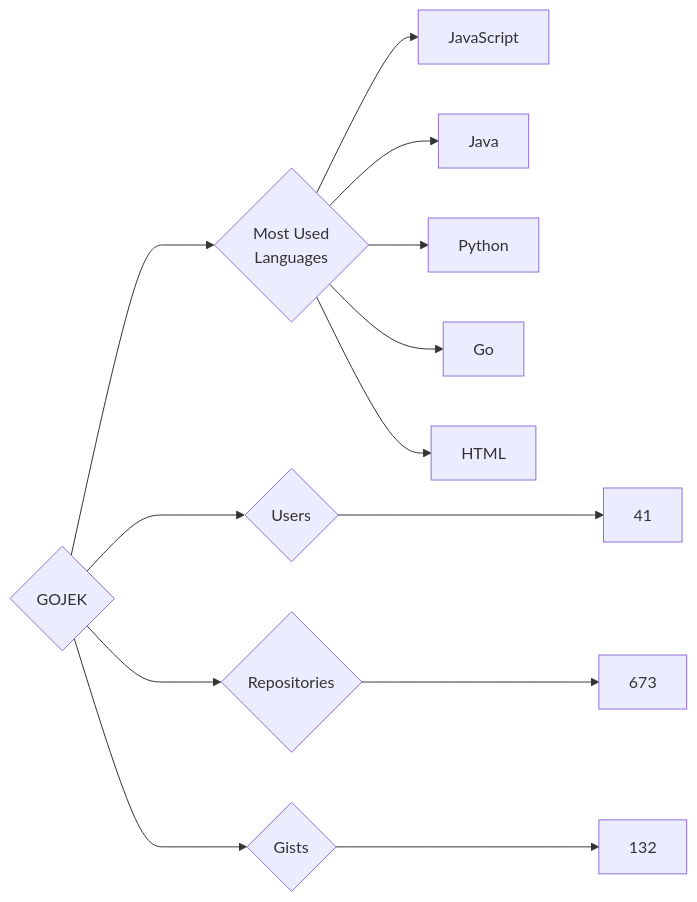
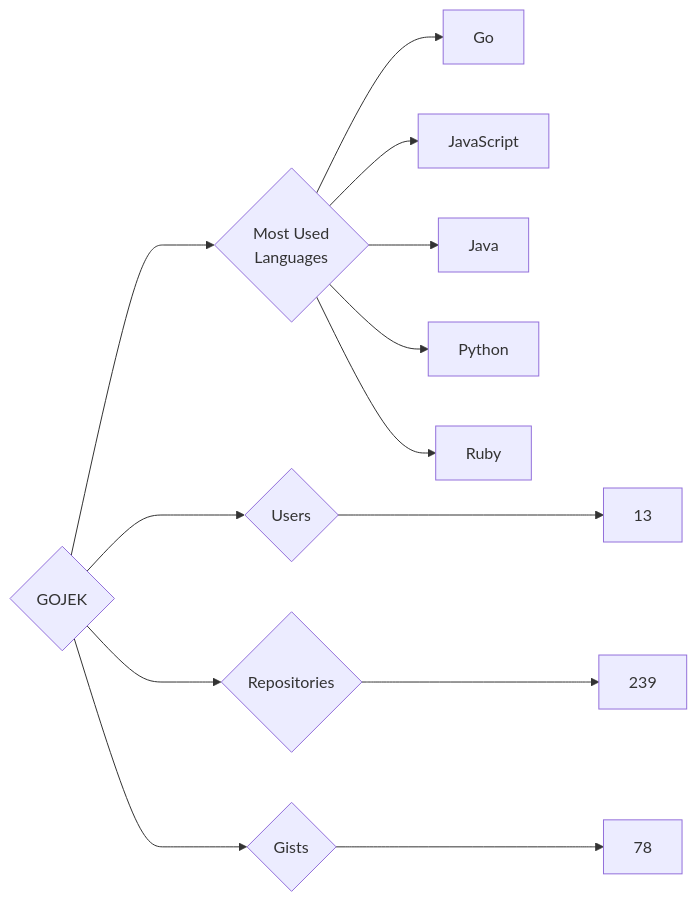
The diagram in targets/GOJEK/README.md (trickest/insiders), drawn with Mermaid before and after one commit. The commit also changed 925 other files, not shown here.

````diff
--- a/targets/GOJEK/README.md
+++ b/targets/GOJEK/README.md
@@ -3,13 +3,13 @@
 ```mermaid
 graph LR
 COMPANY_NAME{GOJEK}
-COMPANY_NAME ---> U{Users} ---> UN[41]
-COMPANY_NAME ---> R{Repositories} ---> RN[673]
-COMPANY_NAME ---> G{Gists} ---> GN[132]
+COMPANY_NAME ---> U{Users} ---> UN[13]
+COMPANY_NAME ---> R{Repositories} ---> RN[239]
+COMPANY_NAME ---> G{Gists} ---> GN[78]
 COMPANY_NAME ---> ML{Most Used<br>Languages}
+ML --> Go[Go]
 ML --> JavaScript[JavaScript]
 ML --> Java[Java]
 ML --> Python[Python]
-ML --> Go[Go]
-ML --> HTML[HTML]
+ML --> Ruby[Ruby]
 ```
````
